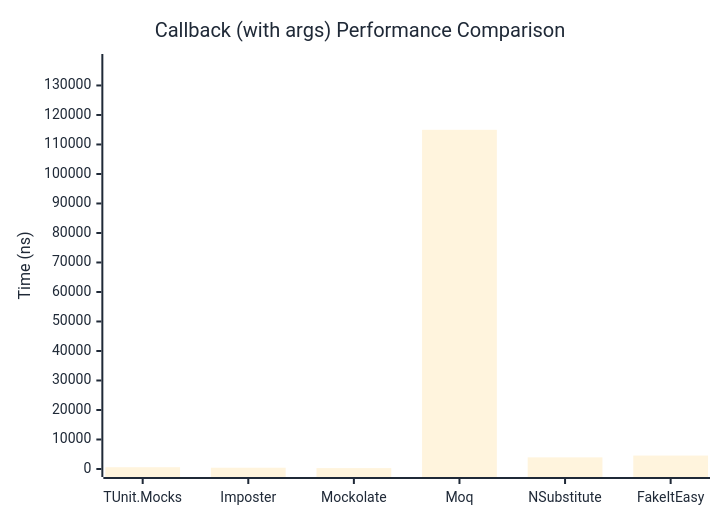
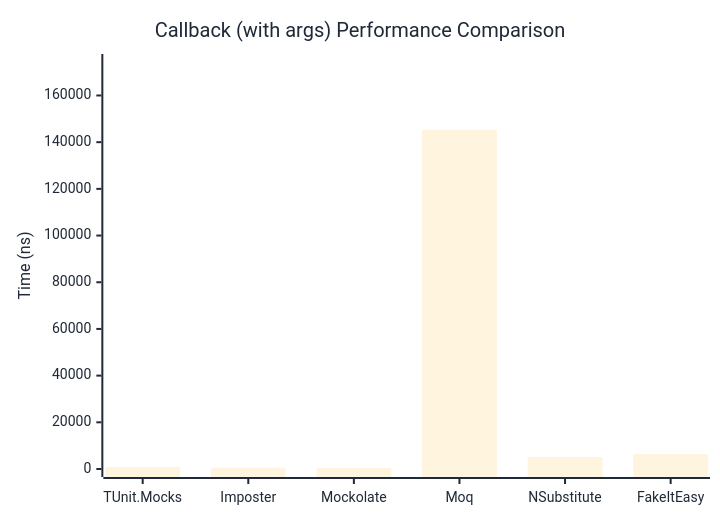
One commit to thomhurst/TUnit changed the second of 2 diagrams in docs/docs/benchmarks/mocks/Callback.md. Above: the diagram before and after it, drawn with Mermaid. The commit also changed other lines of this file and 14 other files, not shown here.

````diff
--- a/docs/docs/benchmarks/mocks/Callback.md
+++ b/docs/docs/benchmarks/mocks/Callback.md
@@ -71,27 +71,27 @@
 ```mermaid
 %%{init: {
   'theme':'base',
   'themeVariables': {
     'primaryColor': '#2563eb',
     'primaryTextColor': '#1f2937',
     'primaryBorderColor': '#1e40af',
     'lineColor': '#6b7280',
     'secondaryColor': '#7c3aed',
     'tertiaryColor': '#dc2626',
     'background': '#ffffff',
     'pie1': '#2563eb',
     'pie2': '#7c3aed',
     'pie3': '#dc2626',
     'pie4': '#f59e0b',
     'pie5': '#10b981',
     'pie6': '#06b6d4',
     'pie7': '#ec4899',
     'pie8': '#6366f1'
   }
 }}%%
 xychart-beta
   title "Callback (with args) Performance Comparison"
   x-axis ["TUnit.Mocks", "Imposter", "Mockolate", "Moq", "NSubstitute", "FakeItEasy"]
-  y-axis "Time (ns)" 0 --> 137954
-  bar [600.6, 434.1, 305.6, 114961.5, 3942, 4552.1]
+  y-axis "Time (ns)" 0 --> 174344
+  bar [895.2, 558.6, 451.8, 145286.1, 5129.9, 6395.7]
 ```
````
